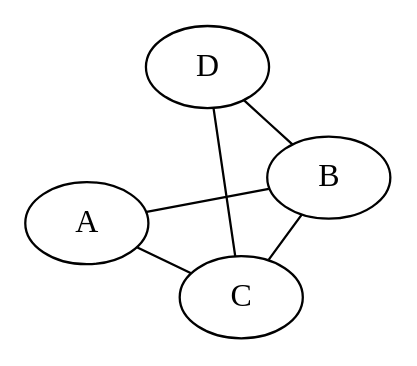
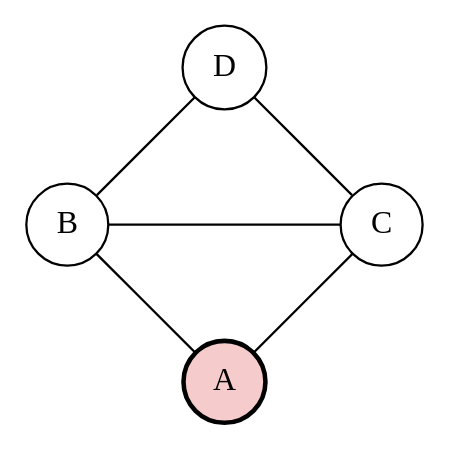
One commit to skojaku/adv-net-sci changed the first of 2 diagrams in docs/lecture-note/m02-small-world/01-concepts.qmd. Above: the diagram before and after it, drawn with Graphviz. The commit also changed other lines of this file, not shown here.

````diff
--- a/docs/lecture-note/m02-small-world/01-concepts.qmd
+++ b/docs/lecture-note/m02-small-world/01-concepts.qmd
@@ -104,14 +104,19 @@
 ```{dot}
 //| fig-width: 3
 //| fig-height: 2.5
 //| fig-cap: "Simple network example for understanding shortest paths"
+//| label: fig-shortest-path
 //| fig-align: center
 graph G {
-  layout=fdp
+  layout=circo
+  A [shape=circle, fillcolor="#f5cbcc", style="filled,bold", penwidth=2, ];
+  B [shape=circle];
+  C [shape=circle];
+  D [shape=circle];
   A -- B;
   A -- C;
   B -- C;
   B -- D;
   C -- D;
 }
 ```
````
